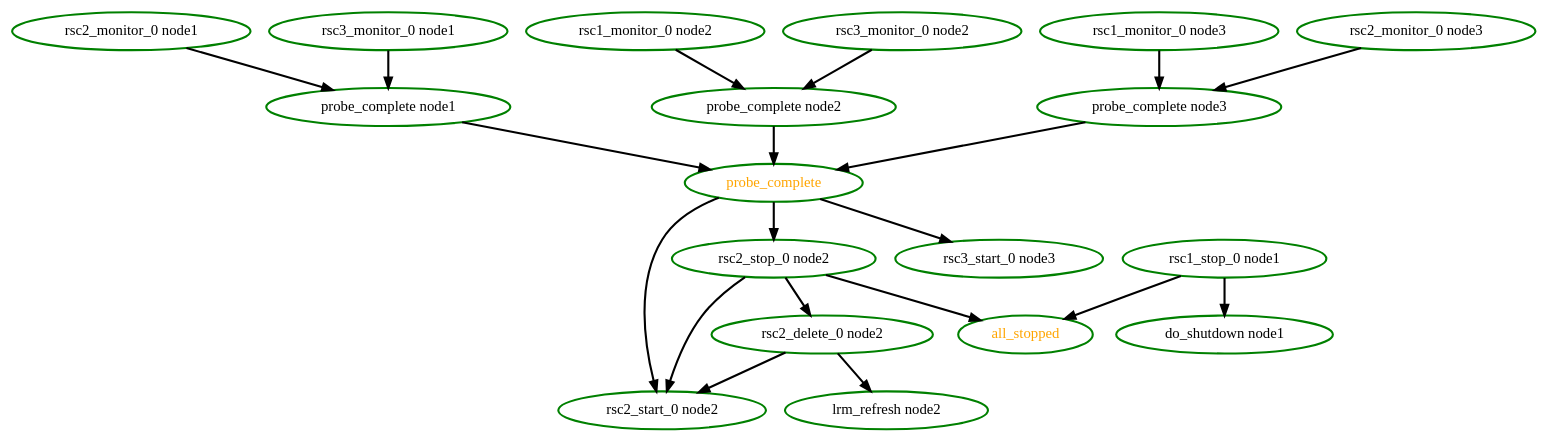
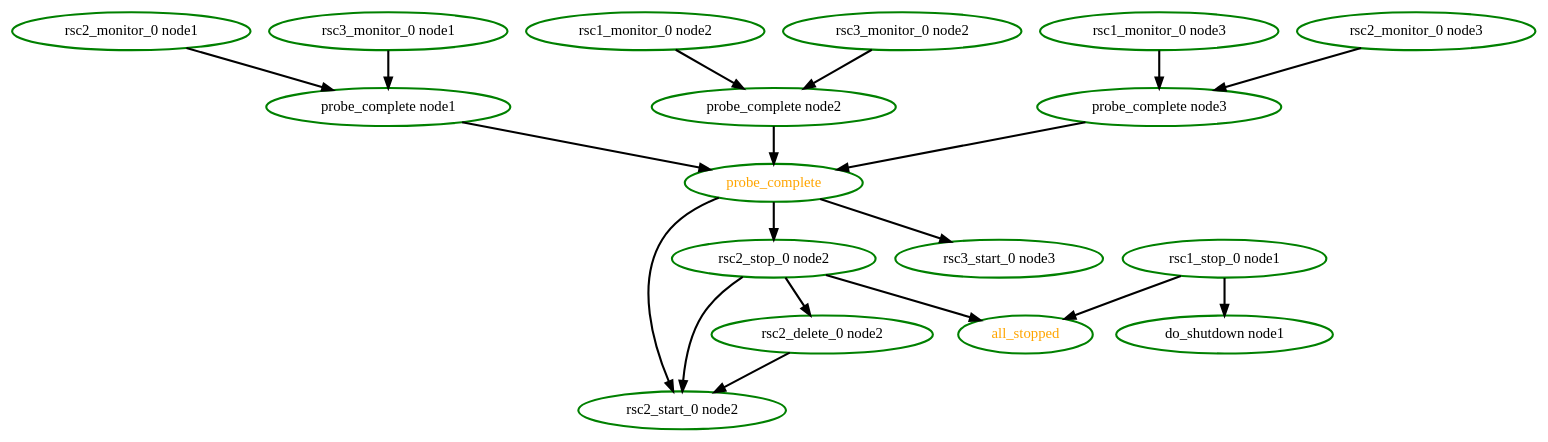
Before and after one commit to ClusterLabs/pacemaker: the diagram in pengine/test10/params-2.dot, drawn with Graphviz. The commit also changed 5 other files, not shown here.

```diff
--- a/pengine/test10/params-2.dot
+++ b/pengine/test10/params-2.dot
@@ -1,39 +1,37 @@
  digraph "g" {
 "all_stopped" [ style=bold color="green" fontcolor="orange" ]
 "do_shutdown node1" [ style=bold color="green" fontcolor="black" ]
-"lrm_refresh node2" [ style=bold color="green" fontcolor="black" ]
 "probe_complete node1" -> "probe_complete" [ style = bold]
 "probe_complete node1" [ style=bold color="green" fontcolor="black" ]
 "probe_complete node2" -> "probe_complete" [ style = bold]
 "probe_complete node2" [ style=bold color="green" fontcolor="black" ]
 "probe_complete node3" -> "probe_complete" [ style = bold]
 "probe_complete node3" [ style=bold color="green" fontcolor="black" ]
 "probe_complete" -> "rsc2_start_0 node2" [ style = bold]
 "probe_complete" -> "rsc2_stop_0 node2" [ style = bold]
 "probe_complete" -> "rsc3_start_0 node3" [ style = bold]
 "probe_complete" [ style=bold color="green" fontcolor="orange" ]
 "rsc1_monitor_0 node2" -> "probe_complete node2" [ style = bold]
 "rsc1_monitor_0 node2" [ style=bold color="green" fontcolor="black" ]
 "rsc1_monitor_0 node3" -> "probe_complete node3" [ style = bold]
 "rsc1_monitor_0 node3" [ style=bold color="green" fontcolor="black" ]
 "rsc1_stop_0 node1" -> "all_stopped" [ style = bold]
 "rsc1_stop_0 node1" -> "do_shutdown node1" [ style = bold]
 "rsc1_stop_0 node1" [ style=bold color="green" fontcolor="black" ]
-"rsc2_delete_0 node2" -> "lrm_refresh node2" [ style = bold]
 "rsc2_delete_0 node2" -> "rsc2_start_0 node2" [ style = bold]
 "rsc2_delete_0 node2" [ style=bold color="green" fontcolor="black" ]
 "rsc2_monitor_0 node1" -> "probe_complete node1" [ style = bold]
 "rsc2_monitor_0 node1" [ style=bold color="green" fontcolor="black" ]
 "rsc2_monitor_0 node3" -> "probe_complete node3" [ style = bold]
 "rsc2_monitor_0 node3" [ style=bold color="green" fontcolor="black" ]
 "rsc2_start_0 node2" [ style=bold color="green" fontcolor="black" ]
 "rsc2_stop_0 node2" -> "all_stopped" [ style = bold]
 "rsc2_stop_0 node2" -> "rsc2_delete_0 node2" [ style = bold]
 "rsc2_stop_0 node2" -> "rsc2_start_0 node2" [ style = bold]
 "rsc2_stop_0 node2" [ style=bold color="green" fontcolor="black" ]
 "rsc3_monitor_0 node1" -> "probe_complete node1" [ style = bold]
 "rsc3_monitor_0 node1" [ style=bold color="green" fontcolor="black" ]
 "rsc3_monitor_0 node2" -> "probe_complete node2" [ style = bold]
 "rsc3_monitor_0 node2" [ style=bold color="green" fontcolor="black" ]
 "rsc3_start_0 node3" [ style=bold color="green" fontcolor="black" ]
 }
```
